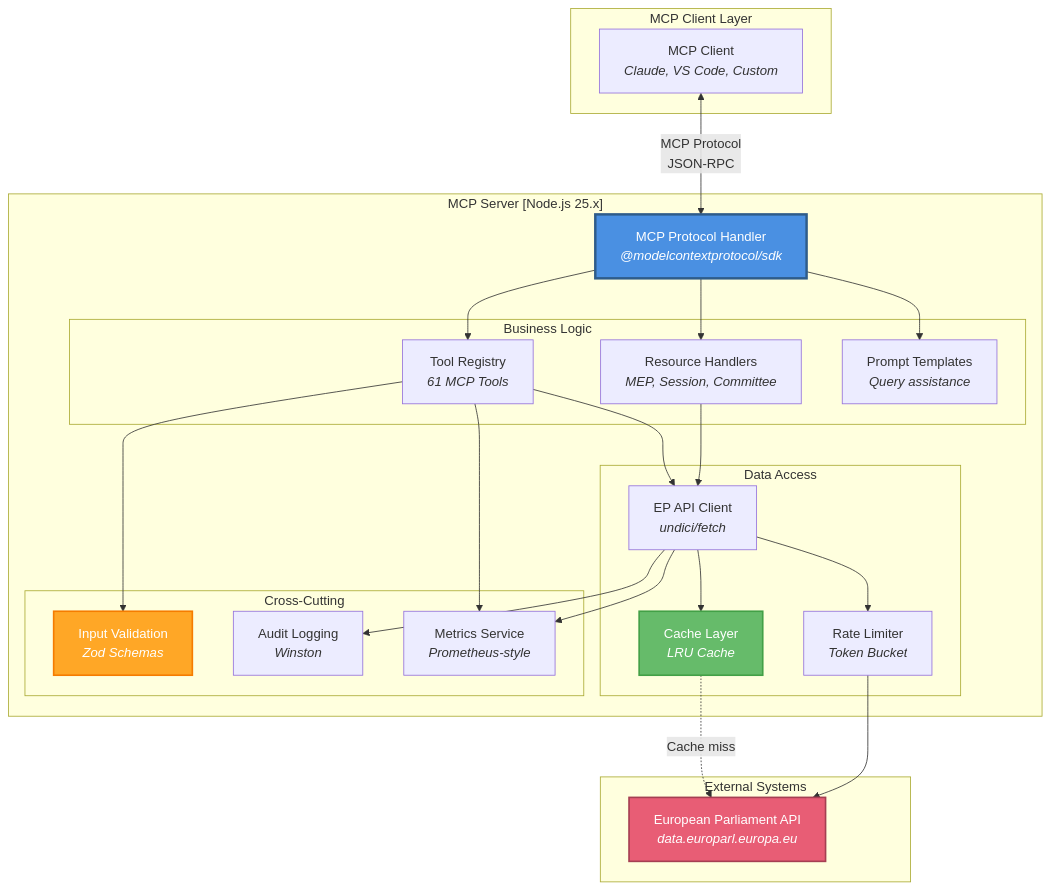
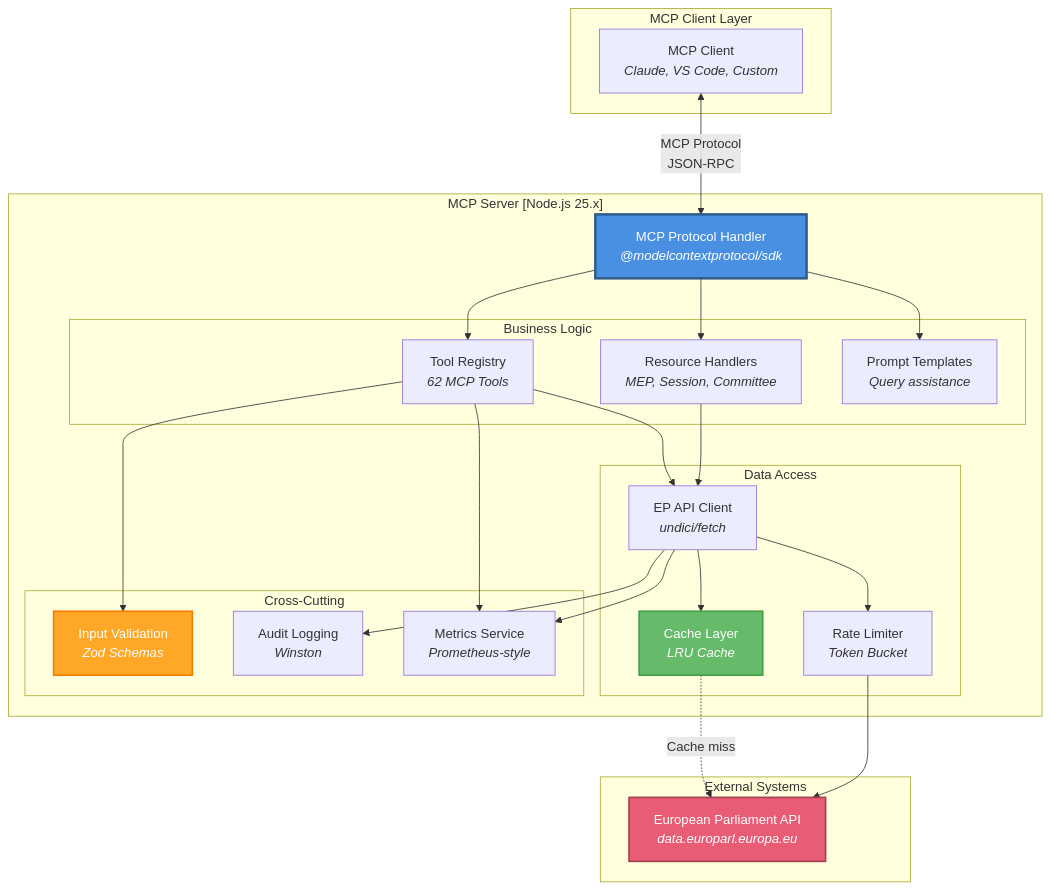
The second of 14 diagrams in docs/api-markdown/_media/ARCHITECTURE_DIAGRAMS.md (Hack23/European-Parliament-MCP-Server), drawn with Mermaid before and after one commit. The commit also changed 55 other files, not shown here.

First line of the commit message:
fix: add get_server_health to mcp.json and update tool counts from 61 to 62

````diff
--- a/docs/api-markdown/_media/ARCHITECTURE_DIAGRAMS.md
+++ b/docs/api-markdown/_media/ARCHITECTURE_DIAGRAMS.md
@@ -114,56 +114,56 @@
 ```mermaid
 graph TB
     subgraph "MCP Client Layer"
         CLIENT[MCP Client<br/><i>Claude, VS Code, Custom</i>]
     end
     
     subgraph "MCP Server [Node.js 25.x]"
         SERVER[MCP Protocol Handler<br/><i>@modelcontextprotocol/sdk</i>]
         
         subgraph "Business Logic"
-            TOOLS[Tool Registry<br/><i>61 MCP Tools</i>]
+            TOOLS[Tool Registry<br/><i>62 MCP Tools</i>]
             RESOURCES[Resource Handlers<br/><i>MEP, Session, Committee</i>]
             PROMPTS[Prompt Templates<br/><i>Query assistance</i>]
         end
         
         subgraph "Data Access"
             API_CLIENT[EP API Client<br/><i>undici/fetch</i>]
             CACHE[Cache Layer<br/><i>LRU Cache</i>]
             RATE_LIMITER[Rate Limiter<br/><i>Token Bucket</i>]
         end
         
         subgraph "Cross-Cutting"
             VALIDATION[Input Validation<br/><i>Zod Schemas</i>]
             LOGGING[Audit Logging<br/><i>Winston</i>]
             METRICS[Metrics Service<br/><i>Prometheus-style</i>]
         end
     end
     
     subgraph "External Systems"
         EP_API[European Parliament API<br/><i>data.europarl.europa.eu</i>]
     end
     
     CLIENT <-->|MCP Protocol<br/>JSON-RPC| SERVER
     SERVER --> TOOLS
     SERVER --> RESOURCES
     SERVER --> PROMPTS
     
     TOOLS --> VALIDATION
     TOOLS --> API_CLIENT
     RESOURCES --> API_CLIENT
     
     API_CLIENT --> CACHE
     API_CLIENT --> RATE_LIMITER
     API_CLIENT --> LOGGING
     
     CACHE -.->|Cache miss| EP_API
     RATE_LIMITER --> EP_API
     
     TOOLS --> METRICS
     API_CLIENT --> METRICS
     
     style SERVER fill:#4A90E2,stroke:#2E5C8A,stroke-width:3px,color:#fff
     style EP_API fill:#E85D75,stroke:#A53F52,stroke-width:2px,color:#fff
     style CACHE fill:#66BB6A,stroke:#43A047,stroke-width:2px,color:#fff
     style VALIDATION fill:#FFA726,stroke:#F57C00,stroke-width:2px,color:#fff
 ```
````
